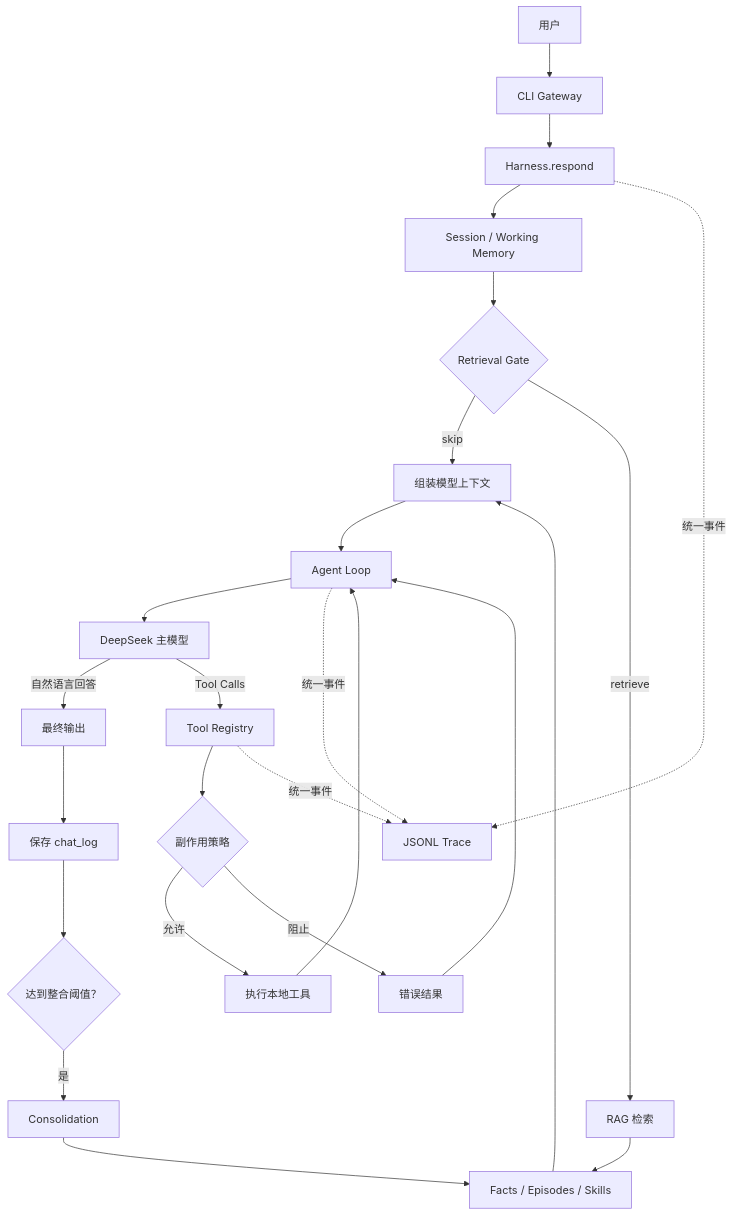
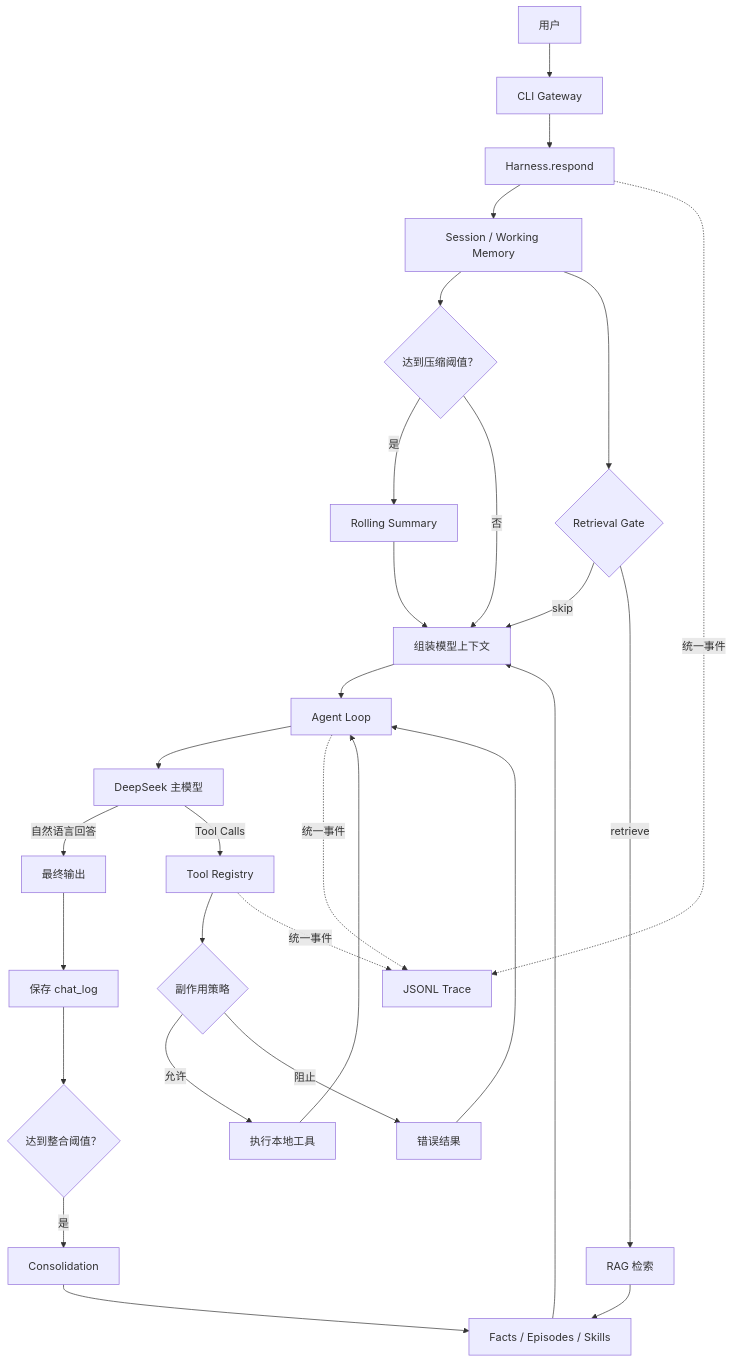
One commit to leishimin15-cloud/lsm-harness changed the diagram in docs/core-harness-guide.md. Above: the diagram before and after it, drawn with Mermaid. The commit also changed other lines of this file and 15 other files, not shown here.

````diff
--- a/docs/core-harness-guide.md
+++ b/docs/core-harness-guide.md
@@ -54,31 +56,35 @@
 ```mermaid
 flowchart TD
     U["用户"] --> CLI["CLI Gateway"]
     CLI --> H["Harness.respond"]
 
     H --> S["Session / Working Memory"]
+    S --> B{"达到压缩阈值？"}
+    B -->|是| CS["Rolling Summary"]
+    CS --> C["组装模型上下文"]
+    B -->|否| C
     S --> G{"Retrieval Gate"}
-    G -->|skip| C["组装模型上下文"]
+    G -->|skip| C
     G -->|retrieve| R["RAG 检索"]
     R --> F["Facts / Episodes / Skills"]
     F --> C
 
     C --> L["Agent Loop"]
     L --> M["DeepSeek 主模型"]
     M -->|自然语言回答| O["最终输出"]
     M -->|Tool Calls| T["Tool Registry"]
     T --> P{"副作用策略"}
     P -->|允许| X["执行本地工具"]
     P -->|阻止| E["错误结果"]
     X --> L
     E --> L
 
     O --> W["保存 chat_log"]
     W --> K{"达到整合阈值？"}
     K -->|是| D["Consolidation"]
     D --> F
 
     H -. "统一事件" .-> J["JSONL Trace"]
     L -. "统一事件" .-> J
     T -. "统一事件" .-> J
 ```
````
